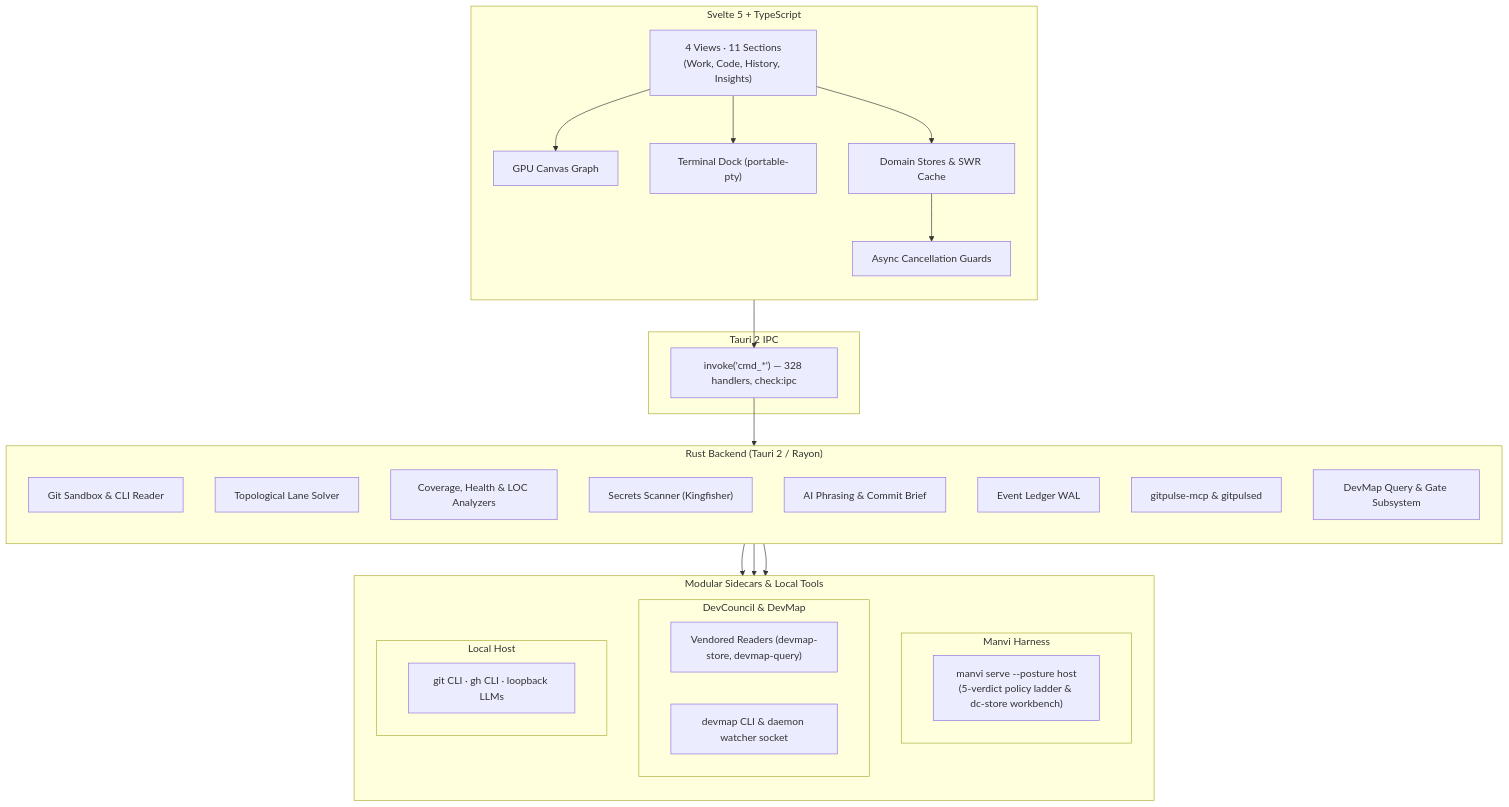
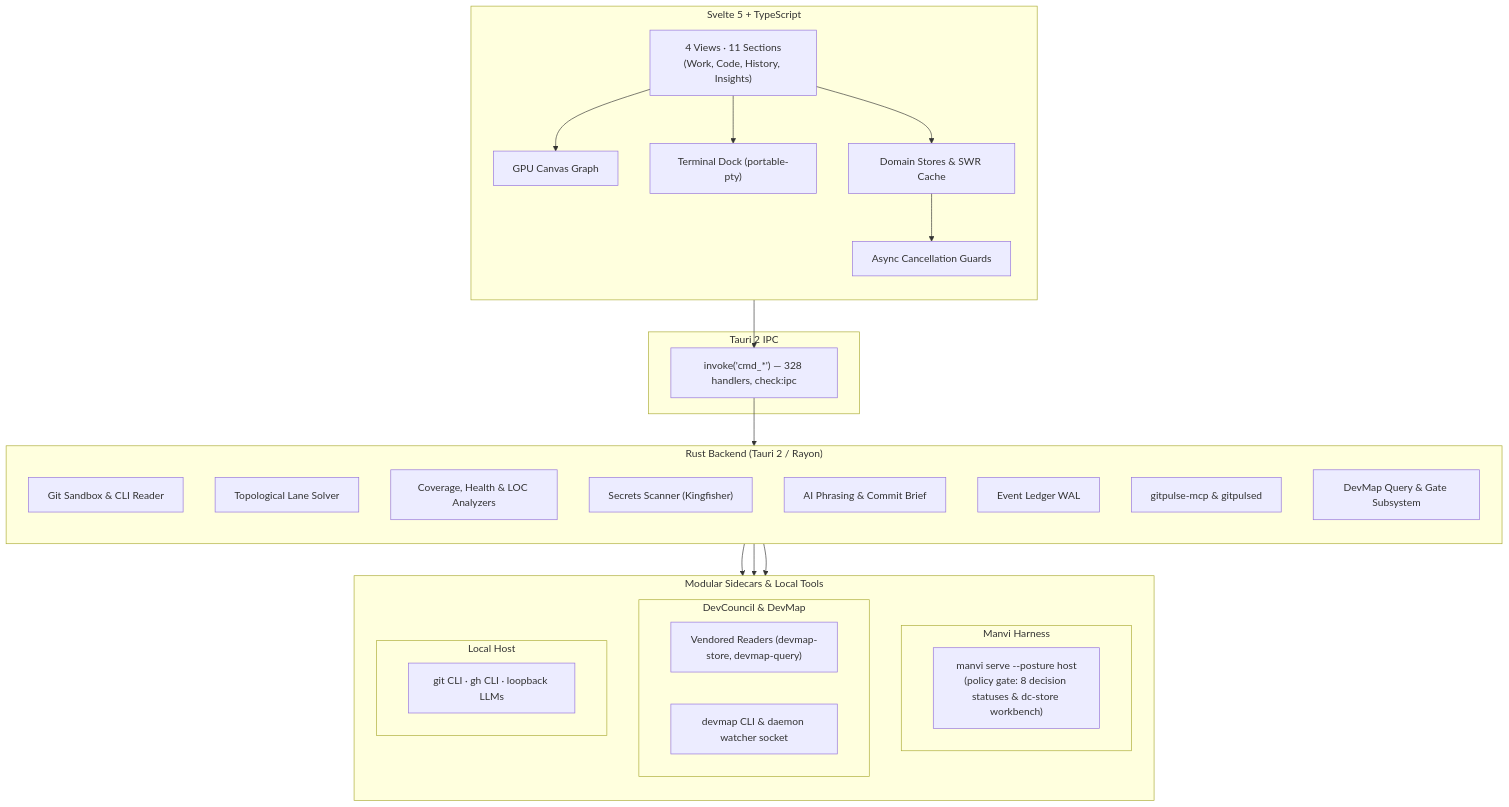
One commit to bharathvbcr/GitPulse changed the first of 2 diagrams in wiki/Architecture.md. Above: the diagram before and after it, drawn with Mermaid. The commit also changed 17 other files, not shown here.

````diff
--- a/wiki/Architecture.md
+++ b/wiki/Architecture.md
@@ -7,50 +7,50 @@
 ```mermaid
 flowchart TB
     subgraph Frontend["Svelte 5 + TypeScript"]
         direction TB
         Views["4 Views · 11 Sections<br/>(Work, Code, History, Insights)"]
         Canvas["GPU Canvas Graph"]
         Dock["Terminal Dock (portable-pty)"]
         Stores["Domain Stores & SWR Cache"]
         Guards["Async Cancellation Guards"]
         Views --> Canvas
         Views --> Dock
         Views --> Stores --> Guards
     end
 
     subgraph IPC["Tauri 2 IPC"]
         Bridge["invoke('cmd_*') — 328 handlers, check:ipc"]
     end
 
     subgraph Backend["Rust Backend (Tauri 2 / Rayon)"]
         direction TB
         Git["Git Sandbox & CLI Reader"]
         Graph["Topological Lane Solver"]
         Analyzers["Coverage, Health & LOC Analyzers"]
         Secrets["Secrets Scanner (Kingfisher)"]
         AI["AI Phrasing & Commit Brief"]
         Ledger["Event Ledger WAL"]
         MCP["gitpulse-mcp & gitpulsed"]
         DevMapSubsys["DevMap Query & Gate Subsystem"]
     end
 
     subgraph Integrations["Modular Sidecars & Local Tools"]
         direction TB
         subgraph ManviBox["Manvi Harness"]
-            Manvi["manvi serve --posture host<br/>(5-verdict policy ladder & dc-store workbench)"]
+            Manvi["manvi serve --posture host<br/>(policy gate: 8 decision statuses & dc-store workbench)"]
         end
         subgraph DevCouncilBox["DevCouncil & DevMap"]
             Vendored["Vendored Readers (devmap-store, devmap-query)"]
             DevMapCLI["devmap CLI & daemon watcher socket"]
         end
         subgraph LocalBox["Local Host"]
             LocalTools["git CLI · gh CLI · loopback LLMs"]
         end
     end
 
     Guards --> Bridge
     Bridge --> Backend
     Backend --> ManviBox
     Backend --> DevCouncilBox
     Backend --> LocalBox
 ```
````
